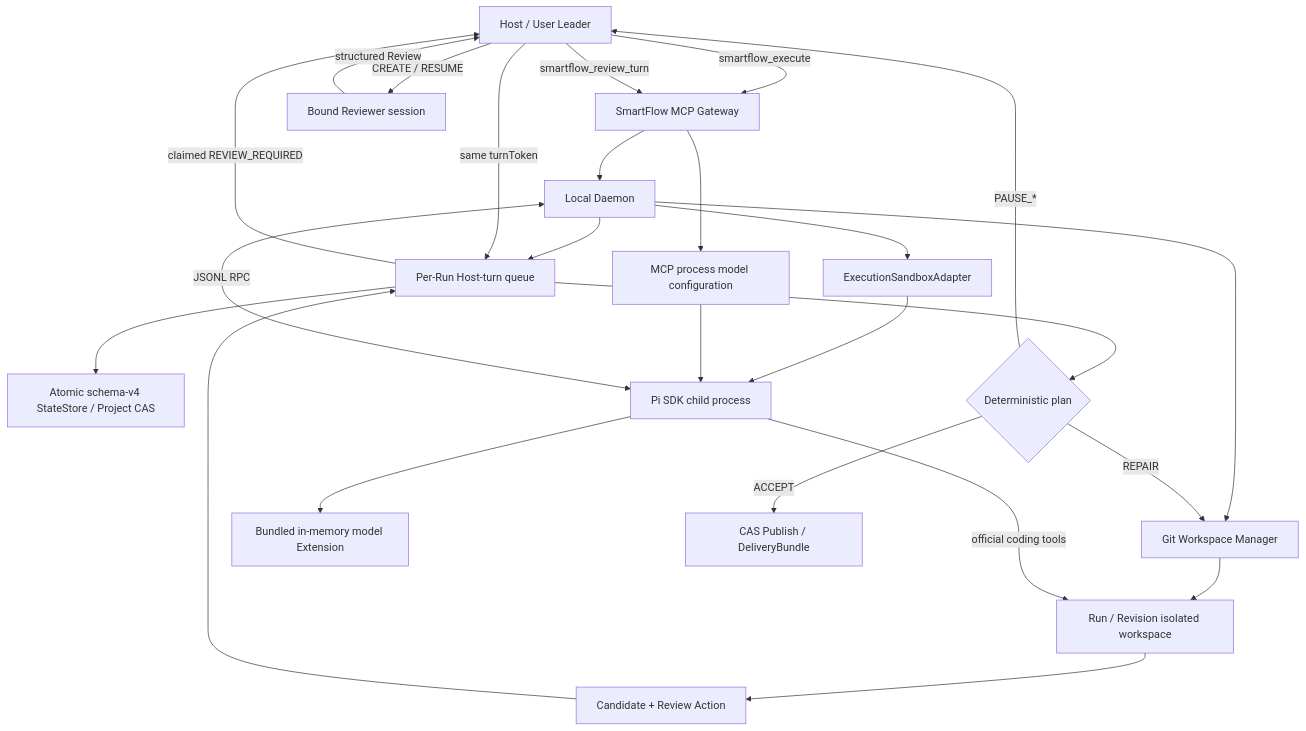
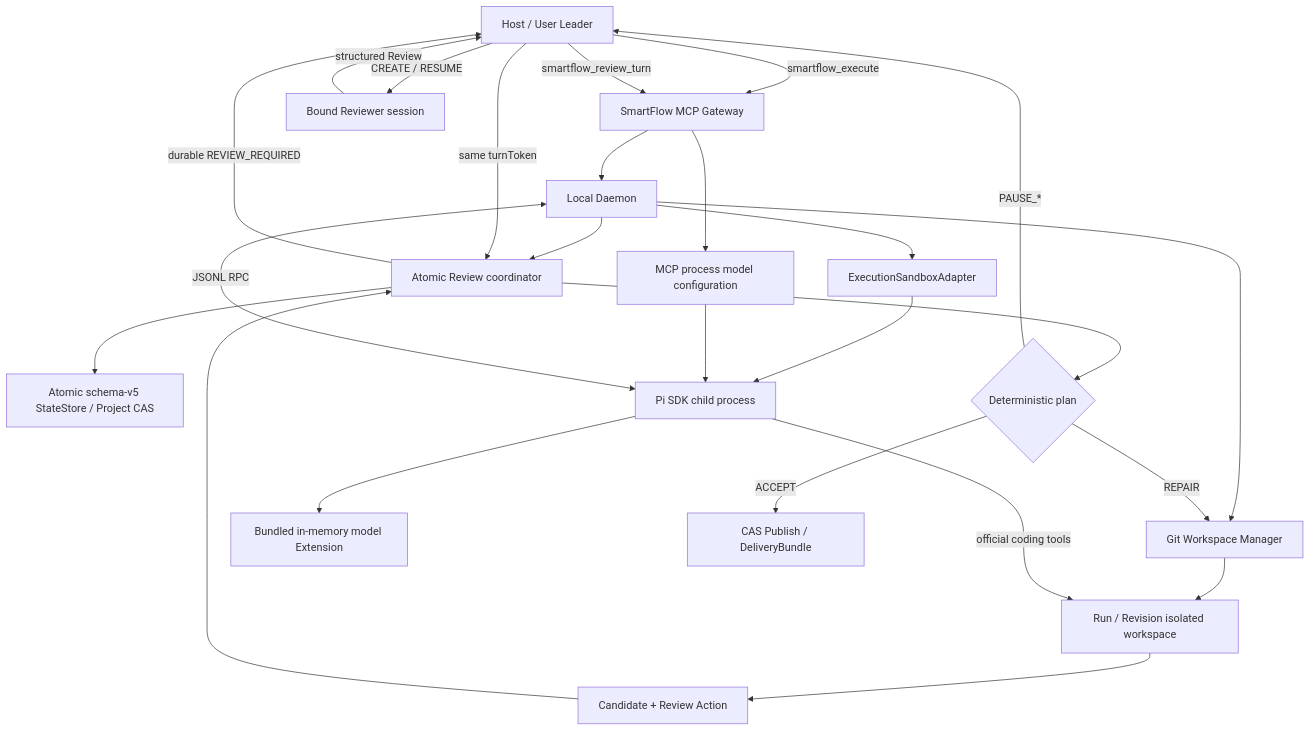
One commit to JerryWu1234/AI-smart-flow changed the first of 2 diagrams in specs/001-smartflow-mvp/plan.md. Above: the diagram before and after it, drawn with Mermaid. The commit also changed other lines of this file and 35 other files, not shown here.

````diff
--- a/specs/001-smartflow-mvp/plan.md
+++ b/specs/001-smartflow-mvp/plan.md
@@ -85,27 +85,27 @@
 ```mermaid
 flowchart TD
     H["Host / User Leader"] -->|"smartflow_execute"| M["SmartFlow MCP Gateway"]
     H -->|"smartflow_review_turn"| M
     M --> D["Local Daemon"]
     M --> E["MCP process model configuration"]
-    D --> Q["Per-Run Host-turn queue"]
-    Q --> S["Atomic schema-v4 StateStore / Project CAS"]
+    D --> Q["Atomic Review coordinator"]
+    Q --> S["Atomic schema-v5 StateStore / Project CAS"]
     D --> G["Git Workspace Manager"]
     G --> W["Run / Revision isolated workspace"]
     D --> X["ExecutionSandboxAdapter"]
     X --> P["Pi SDK child process"]
     E --> P
     P --> I["Bundled in-memory model Extension"]
     D <-->|"JSONL RPC"| P
     P -->|"official coding tools"| W
     W --> C["Candidate + Review Action"]
     C --> Q
-    Q -->|"claimed REVIEW_REQUIRED"| H
+    Q -->|"durable REVIEW_REQUIRED"| H
     H -->|"CREATE / RESUME"| R["Bound Reviewer session"]
     R -->|"structured Review"| H
     H -->|"same turnToken"| Q
     Q --> A{"Deterministic plan"}
     A -->|"ACCEPT"| U["CAS Publish / DeliveryBundle"]
     A -->|"REPAIR"| G
     A -->|"PAUSE_*"| H
 ```
````
